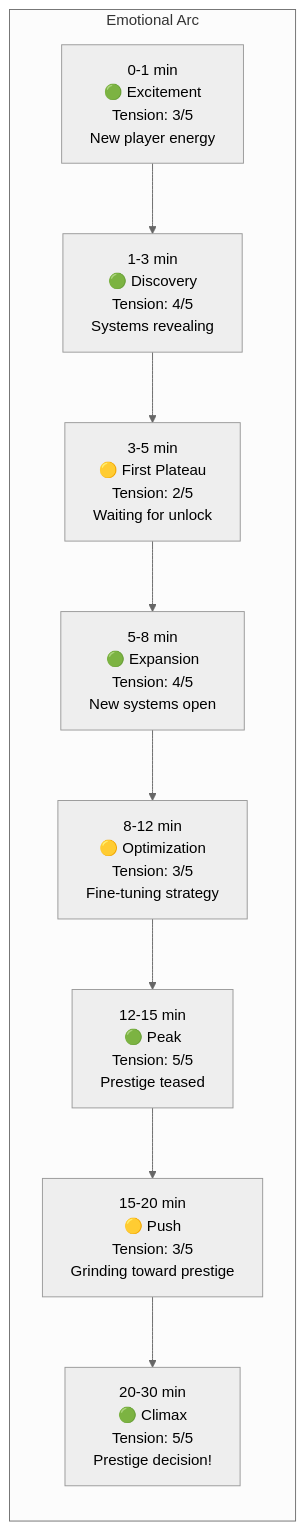
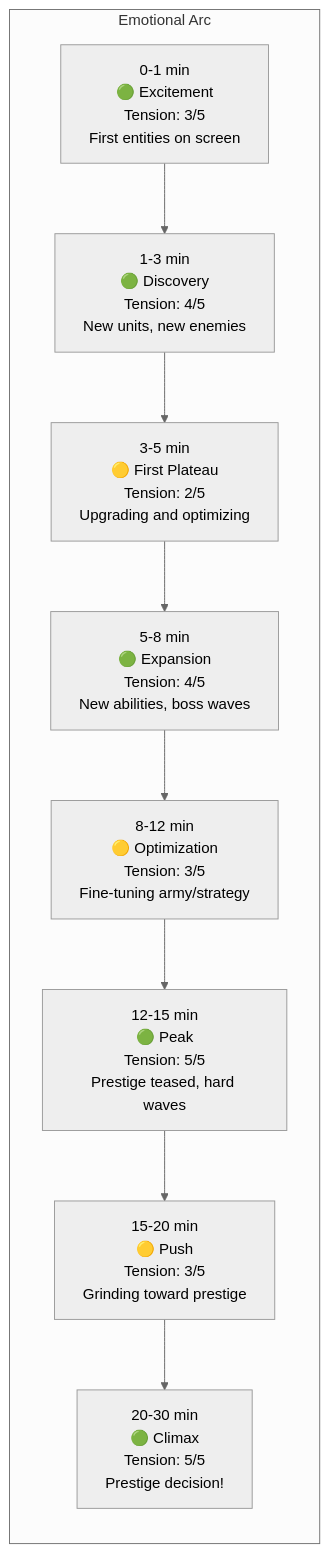
One commit to J-Gierend/gamePocGen changed the fourth of 6 diagrams in prompts/phase2-gdd/progression.md. Above: the diagram before and after it, drawn with Mermaid (neutral theme). The commit also changed other lines of this file and 9 other files, not shown here.

````diff
--- a/prompts/phase2-gdd/progression.md
+++ b/prompts/phase2-gdd/progression.md
@@ -119,14 +124,14 @@
 ```mermaid
 graph LR
     subgraph "Emotional Arc"
-        T1["0-1 min\n🟢 Excitement\nTension: 3/5\nNew player energy"]
-        T2["1-3 min\n🟢 Discovery\nTension: 4/5\nSystems revealing"]
-        T3["3-5 min\n🟡 First Plateau\nTension: 2/5\nWaiting for unlock"]
-        T4["5-8 min\n🟢 Expansion\nTension: 4/5\nNew systems open"]
-        T5["8-12 min\n🟡 Optimization\nTension: 3/5\nFine-tuning strategy"]
-        T6["12-15 min\n🟢 Peak\nTension: 5/5\nPrestige teased"]
+        T1["0-1 min\n🟢 Excitement\nTension: 3/5\nFirst entities on screen"]
+        T2["1-3 min\n🟢 Discovery\nTension: 4/5\nNew units, new enemies"]
+        T3["3-5 min\n🟡 First Plateau\nTension: 2/5\nUpgrading and optimizing"]
+        T4["5-8 min\n🟢 Expansion\nTension: 4/5\nNew abilities, boss waves"]
+        T5["8-12 min\n🟡 Optimization\nTension: 3/5\nFine-tuning army/strategy"]
+        T6["12-15 min\n🟢 Peak\nTension: 5/5\nPrestige teased, hard waves"]
         T7["15-20 min\n🟡 Push\nTension: 3/5\nGrinding toward prestige"]
         T8["20-30 min\n🟢 Climax\nTension: 5/5\nPrestige decision!"]
     end
     T1 --> T2 --> T3 --> T4 --> T5 --> T6 --> T7 --> T8
 ```
````
